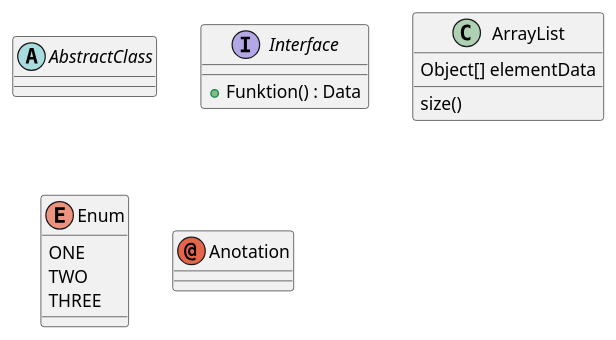
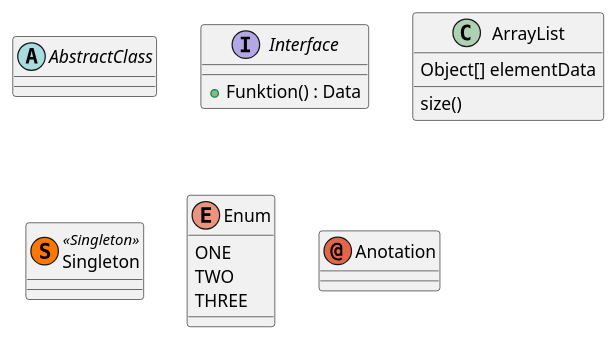
Before and after one commit to 5l1v3r1/SocialBot-1: the fifth of 5 diagrams in documentation/PlantUML_Example.puml, drawn with PlantUML. The commit also changed 2 other files, not shown here.

Commit message:
Changed Class-Diagram

```diff
--- a/documentation/PlantUML_Example.puml
+++ b/documentation/PlantUML_Example.puml
@@ -40,23 +40,27 @@
 @startuml
 
 abstract class AbstractClass {
 
 }
 interface Interface {
   +Funktion() : Data
 }
 
 class ArrayList {
   Object[] elementData
   size()
 }
 
+class Singleton << (S,#FF7700) Singleton >> {
+
+}
+
 enum Enum {
   ONE
   TWO
   THREE
 }
 
 annotation Anotation
 
 @enduml
```
